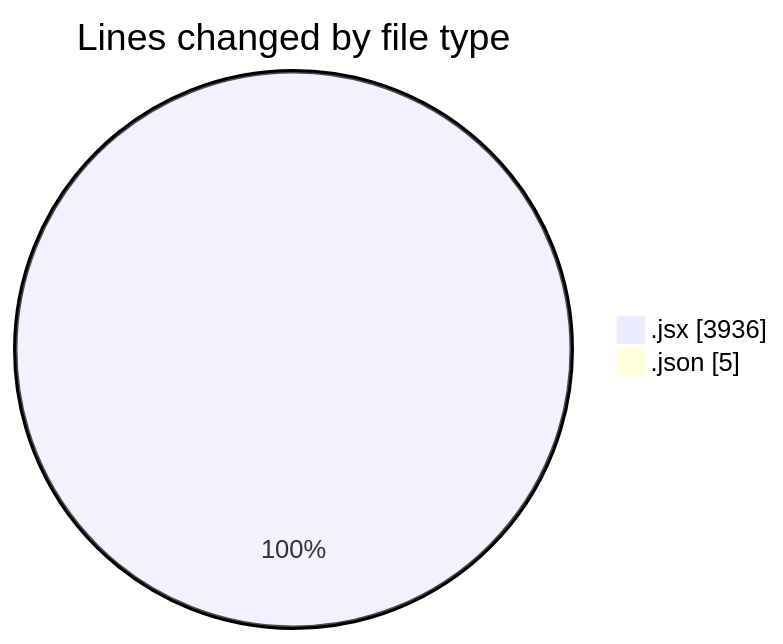
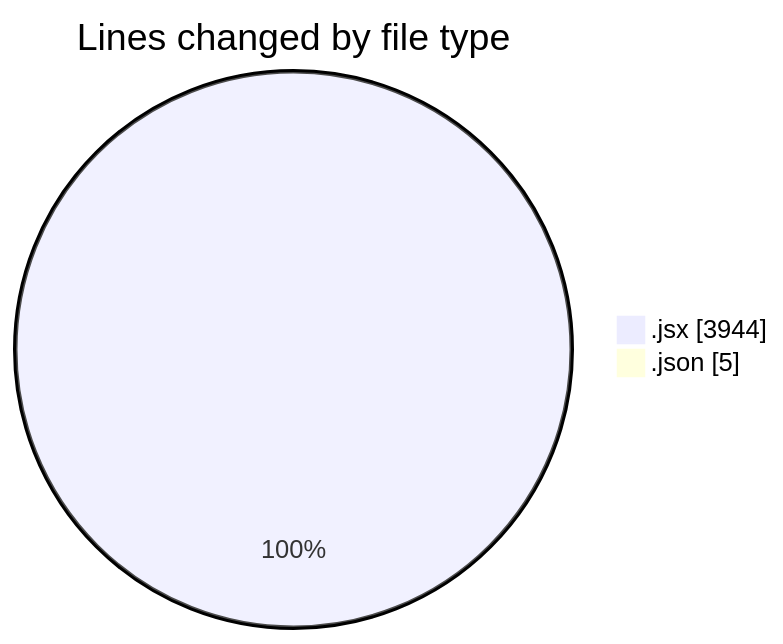
The first of 2 diagrams in 2025-11-18/nxtqube_webapp/README.md (nxtqubesakshisongat/code-tracking), drawn with Mermaid before and after one commit. The commit also changed other lines of this file and 1 other file, not shown here.

````diff
--- a/2025-11-18/nxtqube_webapp/README.md
+++ b/2025-11-18/nxtqube_webapp/README.md
@@ -24,6 +24,6 @@
 ```mermaid
 pie showData
 title Lines changed by file type
-".jsx" : 3936
+".jsx" : 3944
 ".json" : 5
 ```
````
